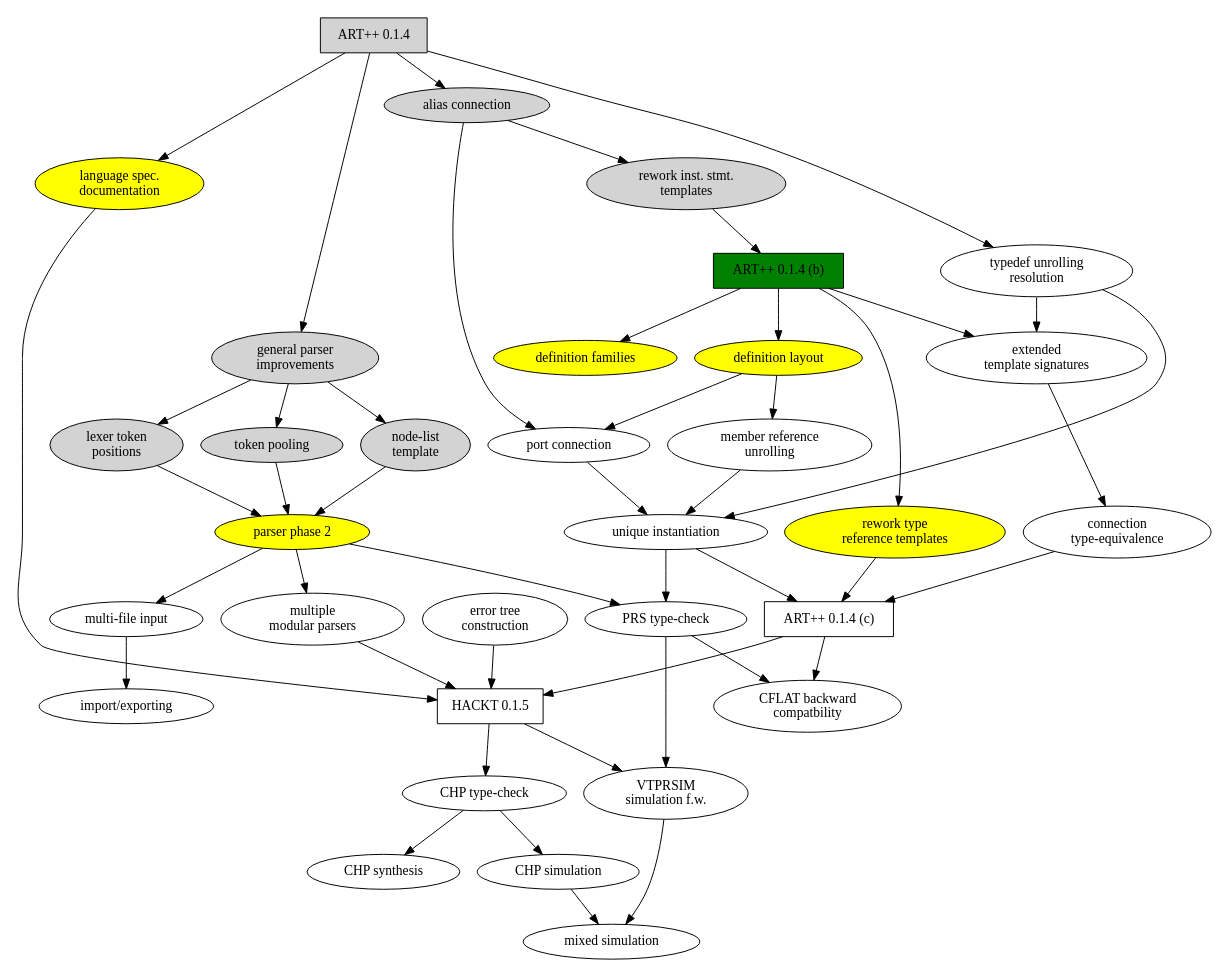
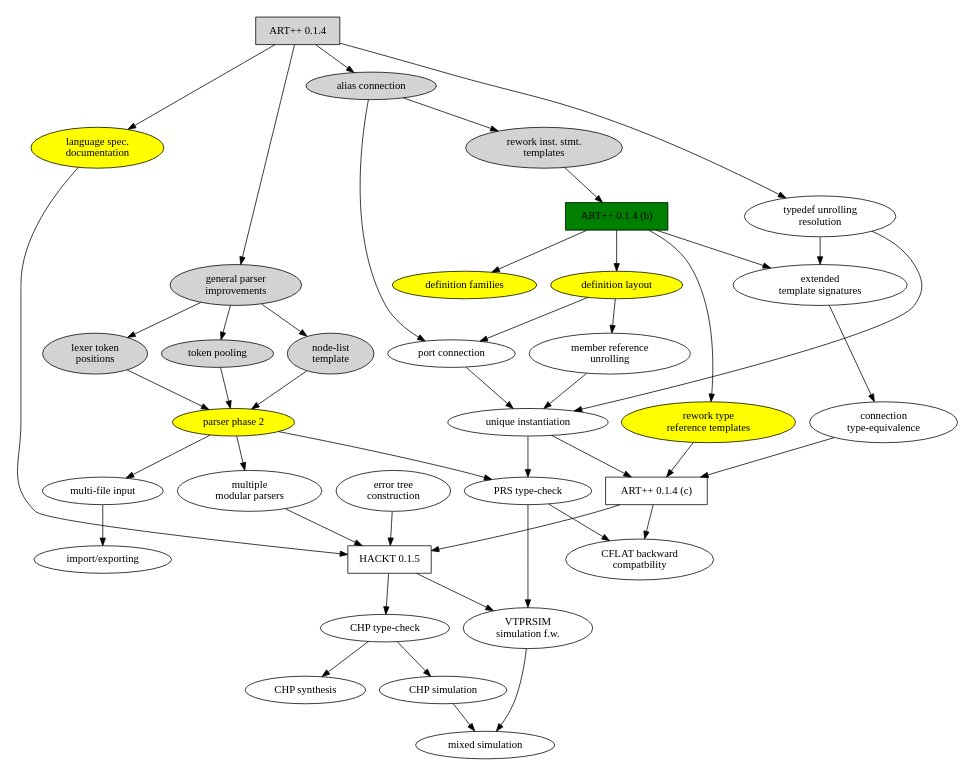
The diagram in DevelopmentPlan.dot (fangism/hackt), drawn with Graphviz before and after one commit.

Commit message:
figure size restored

```diff
--- a/DevelopmentPlan.dot
+++ b/DevelopmentPlan.dot
@@ -1,99 +1,99 @@
 # "DevelopmentPlan.dot"
 
 digraph G {
-size="9,10";
+size="7,10";
 
 ARTXX_00_01_04		[shape=box, style=filled, label="ART++ 0.1.4"];
 ARTXX_00_01_04_b	[shape=box, style=filled, fillcolor=green, 
 				label="ART++ 0.1.4 (b)"];
 ARTXX_00_01_04_c	[shape=box, label="ART++ 0.1.4 (c)"];
 ARTXX_00_01_05		[shape=box, label="HACKT 0.1.5"];
 
 DOCS_00_01_04		[shape=ellipse, style=filled, fillcolor=yellow, 
 				label="language spec.\ndocumentation"];
 PARSER_00_01_04		[shape=ellipse, style=filled, 
 				label="general parser\nimprovements"];
 LEX_00_01_04		[shape=ellipse, style=filled,
 				label="lexer token\npositions"];
 TOKENPOOL_00_01_04	[shape=ellipse, style=filled, label="token pooling"];
 NODELIST_00_01_04	[shape=ellipse, style=filled, 
 				label="node-list\ntemplate"];
 PARSER_B_00_01_04	[shape=ellipse, style=filled, fillcolor=yellow,
 				label="parser phase 2"];
 MULTIFILE_00_01_04	[shape=ellipse, label="multi-file input"];
 IMPORT_00_01_05		[shape=ellipse, label="import/exporting"];
 UNIQUE_00_01_04		[shape=ellipse, label="unique instantiation"];
 ALIAS_00_01_04		[shape=ellipse, style=filled, label="alias connection"];
 PORT_00_01_04		[shape=ellipse, label="port connection"];
 MEMBER_00_01_04		[shape=ellipse, label="member reference\nunrolling"];
 TYPEDEF_00_01_04	[shape=ellipse, label="typedef unrolling\nresolution"];
 DEFFAMILY_00_01_04	[shape=ellipse, style=filled, fillcolor=yellow, 
 				label="definition families"];
 DEFLAYOUT_00_01_04	[shape=ellipse, style=filled, fillcolor=yellow, 
 				label="definition layout"];
 INSTSTMT_00_01_04	[shape=ellipse, style=filled, 
 				label="rework inst. stmt.\ntemplates"];
 TYPEREF_00_01_04	[shape=ellipse, style=filled, fillcolor=yellow,
 				label="rework type\nreference templates"];
 EXTTEMPLATE_00_01_04	[shape=ellipse, label="extended\ntemplate signatures"];
 CONNECTEQ_00_01_04	[shape=ellipse, label="connection\ntype-equivalence"];
 CFLAT_00_01_04		[shape=ellipse, label="CFLAT backward\ncompatbility"];
 PRS_00_01_04		[shape=ellipse, label="PRS type-check"];
 ERRORTREE_00_01_04	[shape=ellipse, label="error tree\nconstruction"];
 MULTIPARSE_00_01_04	[shape=ellipse, label="multiple\nmodular parsers"];
 
 ARTXX_00_01_04 -> DOCS_00_01_04;
 ARTXX_00_01_04 -> PARSER_00_01_04;
 ARTXX_00_01_04 -> ALIAS_00_01_04;
 PARSER_00_01_04 -> LEX_00_01_04;
 PARSER_00_01_04 -> TOKENPOOL_00_01_04;
 PARSER_00_01_04 -> NODELIST_00_01_04;
 LEX_00_01_04 -> PARSER_B_00_01_04;
 TOKENPOOL_00_01_04 -> PARSER_B_00_01_04;
 NODELIST_00_01_04 -> PARSER_B_00_01_04;
 ALIAS_00_01_04 -> PORT_00_01_04;
 PORT_00_01_04 -> UNIQUE_00_01_04;
 MEMBER_00_01_04 -> UNIQUE_00_01_04;
 UNIQUE_00_01_04 -> ARTXX_00_01_04_c;
 ARTXX_00_01_04_b -> DEFLAYOUT_00_01_04;
 ARTXX_00_01_04_b -> DEFFAMILY_00_01_04;
 EXTTEMPLATE_00_01_04 -> CONNECTEQ_00_01_04;
 ARTXX_00_01_04 -> TYPEDEF_00_01_04;
 DEFLAYOUT_00_01_04 -> MEMBER_00_01_04;
 DEFLAYOUT_00_01_04 -> PORT_00_01_04;
 ALIAS_00_01_04 -> INSTSTMT_00_01_04;
 INSTSTMT_00_01_04 -> ARTXX_00_01_04_b;
 ARTXX_00_01_04_b -> EXTTEMPLATE_00_01_04;
 ARTXX_00_01_04_b -> TYPEREF_00_01_04;
 TYPEREF_00_01_04 -> ARTXX_00_01_04_c;
 TYPEDEF_00_01_04 -> UNIQUE_00_01_04;
 TYPEDEF_00_01_04 -> EXTTEMPLATE_00_01_04;
 PARSER_B_00_01_04 -> PRS_00_01_04;
 PARSER_B_00_01_04 -> MULTIFILE_00_01_04;
 MULTIFILE_00_01_04 -> IMPORT_00_01_05;
 UNIQUE_00_01_04 -> PRS_00_01_04;
 
 ARTXX_00_01_04_c -> ARTXX_00_01_05;
 PRS_00_01_04 -> CFLAT_00_01_04;
 ARTXX_00_01_04_c -> CFLAT_00_01_04;
 CONNECTEQ_00_01_04 -> ARTXX_00_01_04_c;
 DOCS_00_01_04 -> ARTXX_00_01_05;
 ERRORTREE_00_01_04 -> ARTXX_00_01_05;
 PARSER_B_00_01_04 -> MULTIPARSE_00_01_04;
 MULTIPARSE_00_01_04 -> ARTXX_00_01_05;
 
 CHP_00_01_05		[shape=ellipse, label="CHP type-check"];
 CHPSYNTH_00_01_05	[shape=ellipse, label="CHP synthesis"];
 CHPSIM_00_01_05		[shape=ellipse, label="CHP simulation"];
 VTPRSIM_00_01_05	[shape=ellipse, label="VTPRSIM\nsimulation f.w."];
 MIXSIM_00_01_05		[shape=ellipse, label="mixed simulation"];
 
 ARTXX_00_01_05 -> CHP_00_01_05;
 CHP_00_01_05 -> CHPSYNTH_00_01_05;
 CHP_00_01_05 -> CHPSIM_00_01_05;
 PRS_00_01_04 -> VTPRSIM_00_01_05;
 ARTXX_00_01_05 -> VTPRSIM_00_01_05;
 VTPRSIM_00_01_05 -> MIXSIM_00_01_05;
 CHPSIM_00_01_05 -> MIXSIM_00_01_05;
 
 }
```
